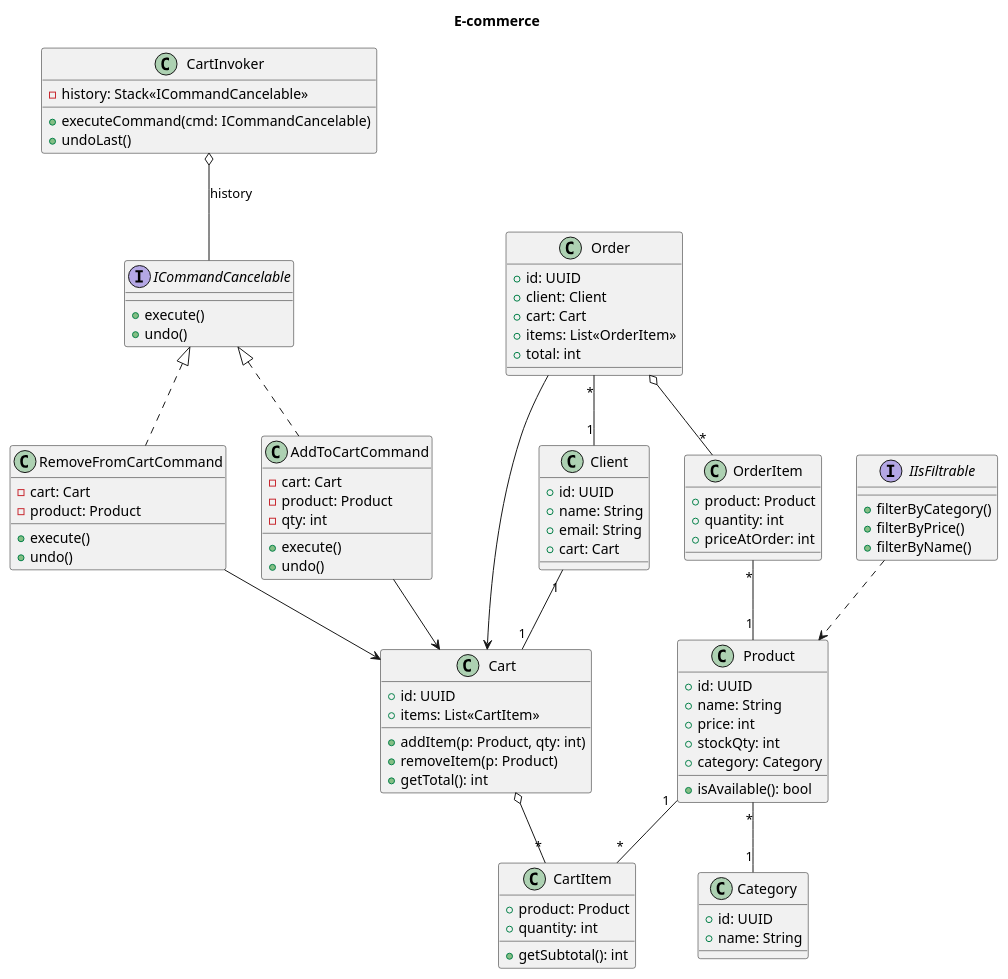
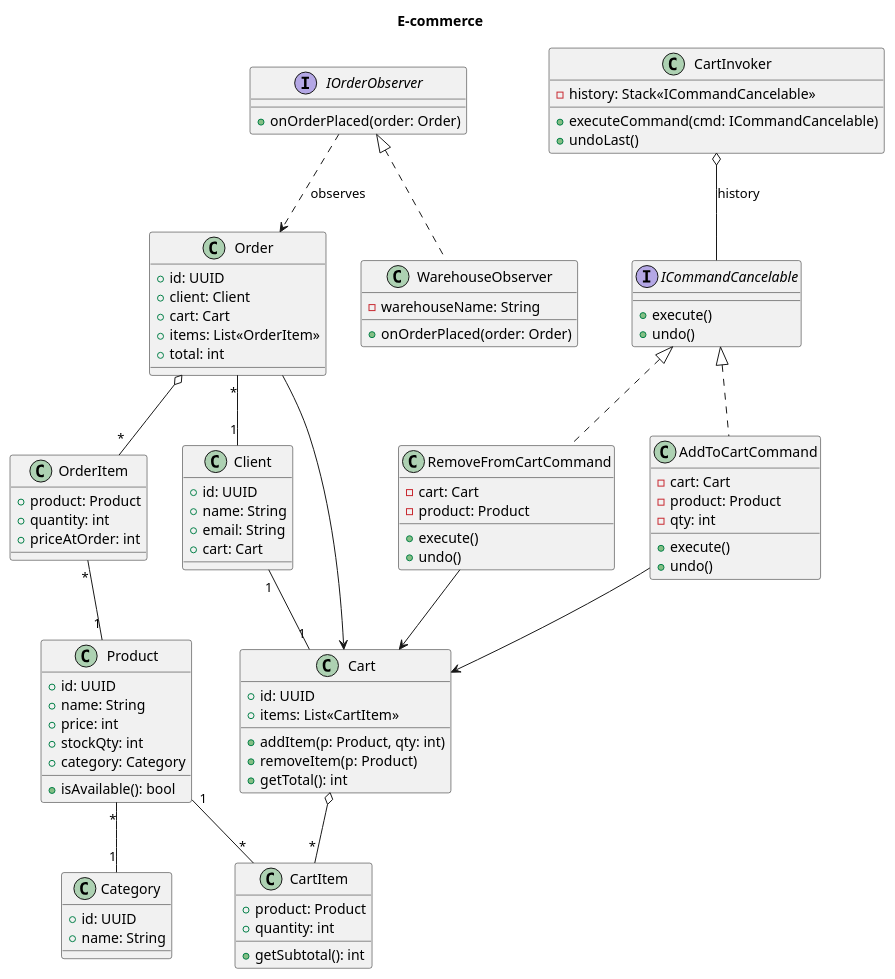
One commit to ryannnasa/panierECommerce changed the diagram in diagram_simplified.puml. Above: the diagram before and after it, drawn with PlantUML. The commit also changed 9 other files, not shown here.

```diff
--- a/diagram_simplified.puml
+++ b/diagram_simplified.puml
@@ -1,93 +1,97 @@
 @startuml
 title E-commerce
 
 class Product {
   +id: UUID
   +name: String
   +price: int
   +stockQty: int
   +category: Category
   +isAvailable(): bool
 }
 class Category {
   +id: UUID
   +name: String
 }
 class Client {
   +id: UUID
   +name: String
   +email: String
   +cart: Cart
 }
 class Cart {
   +id: UUID
   +items: List«CartItem»
   +addItem(p: Product, qty: int)
   +removeItem(p: Product)
   +getTotal(): int
 }
 class CartItem {
   +product: Product
   +quantity: int
   +getSubtotal(): int
 }
 class Order {
   +id: UUID
   +client: Client
   +cart: Cart
   +items: List«OrderItem»
   +total: int
 }
 class OrderItem {
   +product: Product
   +quantity: int
   +priceAtOrder: int
 }
 
 interface ICommandCancelable {
   +execute()
   +undo()
 }
 
-interface IIsFiltrable {
-  +filterByCategory()
-  +filterByPrice()
-  +filterByName()
+interface IOrderObserver {
+  +onOrderPlaced(order: Order)
 }
 
 class AddToCartCommand {
   -cart: Cart
   -product: Product
   -qty: int
   +execute()
   +undo()
 }
 class RemoveFromCartCommand {
   -cart: Cart
   -product: Product
   +execute()
   +undo()
 }
 class CartInvoker {
   -history: Stack«ICommandCancelable»
   +executeCommand(cmd: ICommandCancelable)
   +undoLast()
 }
+class WarehouseObserver {
+  -warehouseName: String
+  +onOrderPlaced(order: Order)
+}
 
 ICommandCancelable <|.. AddToCartCommand
 ICommandCancelable <|.. RemoveFromCartCommand
 CartInvoker o-- ICommandCancelable : history
 AddToCartCommand --> Cart
 RemoveFromCartCommand --> Cart
+
+IOrderObserver <|.. WarehouseObserver
+IOrderObserver ..> Order : observes
 
 Product "1" -- "*" CartItem
 Cart o-- "*" CartItem
 Client "1" -- "1" Cart
 Order "*" -- "1" Client
 Order o-- "*" OrderItem
 OrderItem "*" -- "1" Product
 Product "*" -- "1" Category
-IIsFiltrable ..> Product
 Order --> Cart
 
 @enduml
```
